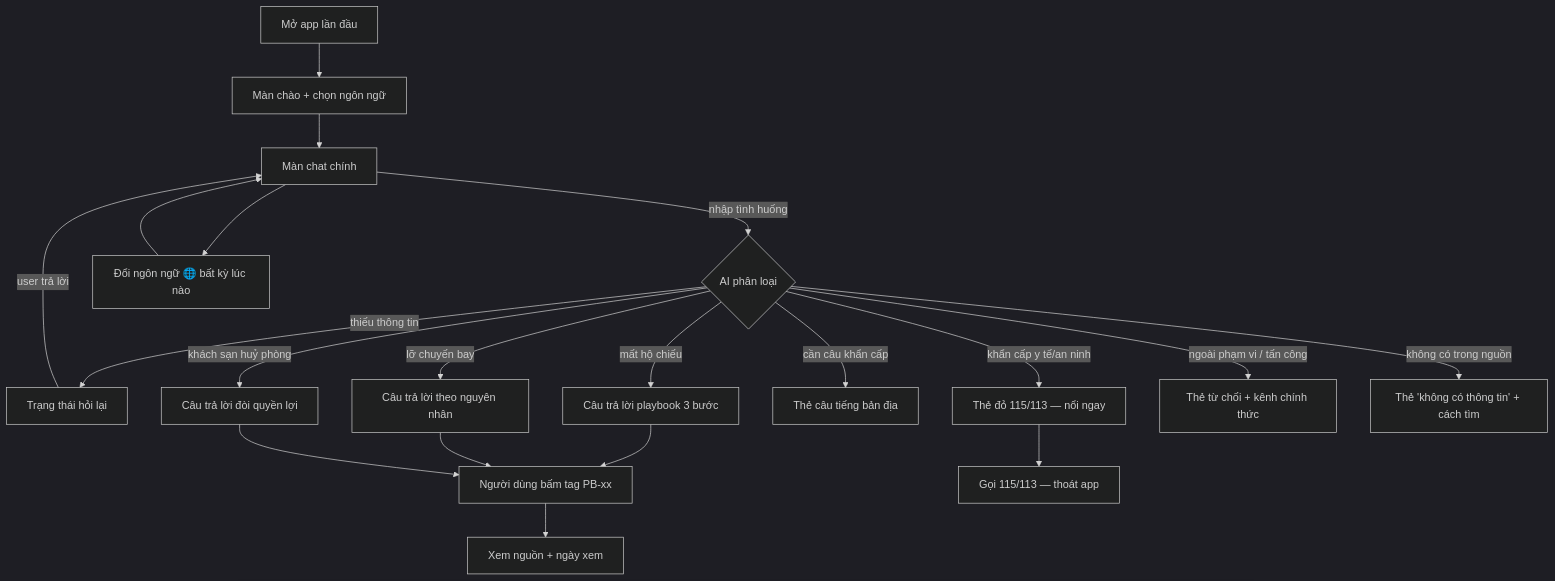
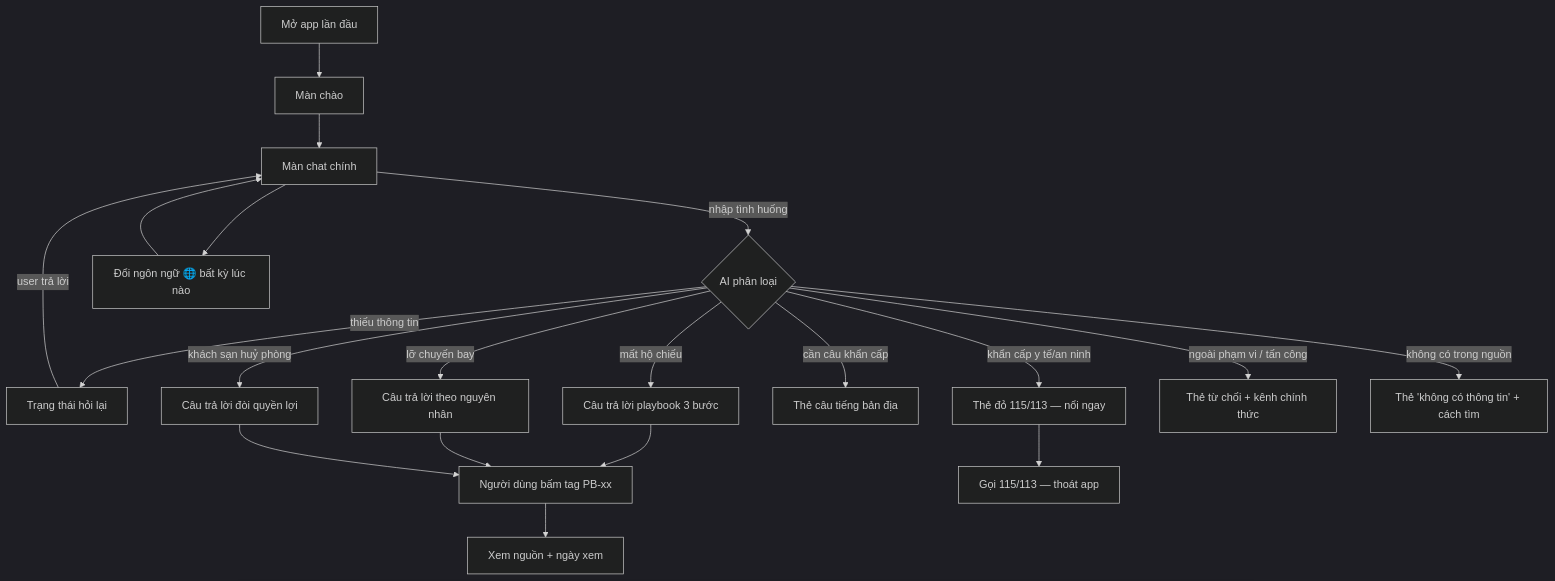
One commit to tqhungdl/K5-Day15-L3B-DiVeDau changed the diagram in docs/wireframe.md. Above: the diagram before and after it, drawn with Mermaid (dark theme). The commit also changed other lines of this file and 2 other files, not shown here.

First line of the commit message:
docs: đồng bộ quy tắc ngôn ngữ trả lời theo spec §4

````diff
--- a/docs/wireframe.md
+++ b/docs/wireframe.md
@@ -23,22 +23,22 @@
 ```mermaid
 flowchart TD
-    A[Mở app lần đầu] --> B[Màn chào + chọn ngôn ngữ]
+    A[Mở app lần đầu] --> B[Màn chào]
     B --> C[Màn chat chính]
     C -->|nhập tình huống| D{AI phân loại}
     D -->|thiếu thông tin| E[Trạng thái hỏi lại]
     E -->|user trả lời| C
     D -->|mất hộ chiếu| F[Câu trả lời playbook 3 bước]
     D -->|lỡ chuyến bay| G[Câu trả lời theo nguyên nhân]
     D -->|khách sạn huỷ phòng| H[Câu trả lời đòi quyền lợi]
     D -->|cần câu khẩn cấp| I[Thẻ câu tiếng bản địa]
     D -->|khẩn cấp y tế/an ninh| J[Thẻ đỏ 115/113 — nổi ngay]
     D -->|ngoài phạm vi / tấn công| K[Thẻ từ chối + kênh chính thức]
     D -->|không có trong nguồn| L[Thẻ 'không có thông tin' + cách tìm]
     F --> M[Người dùng bấm tag PB-xx]
     G --> M
     H --> M
     M --> N[Xem nguồn + ngày xem]
     J --> O[Gọi 115/113 — thoát app]
     C --> P[Đổi ngôn ngữ 🌐 bất kỳ lúc nào]
     P --> C
 ```
````
